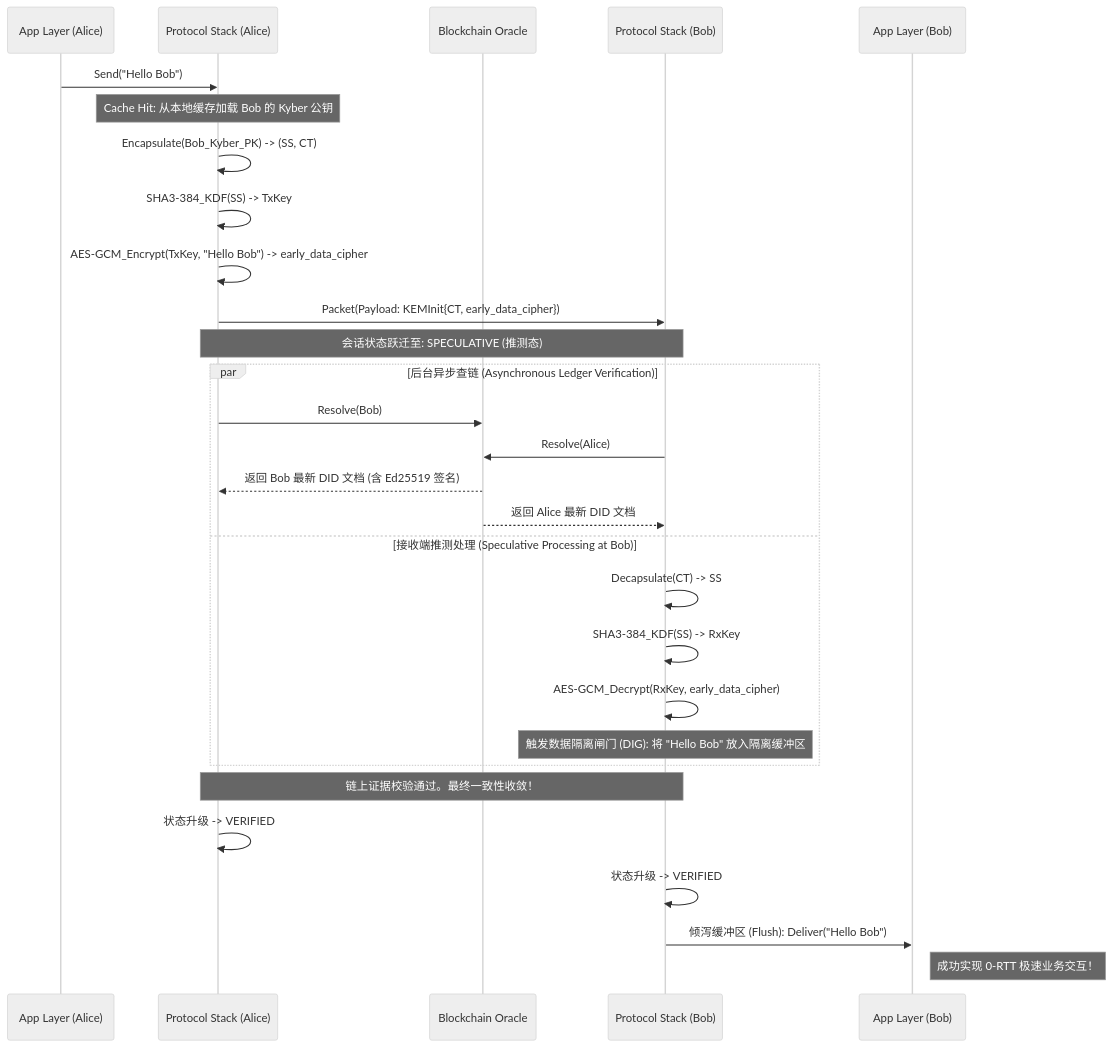
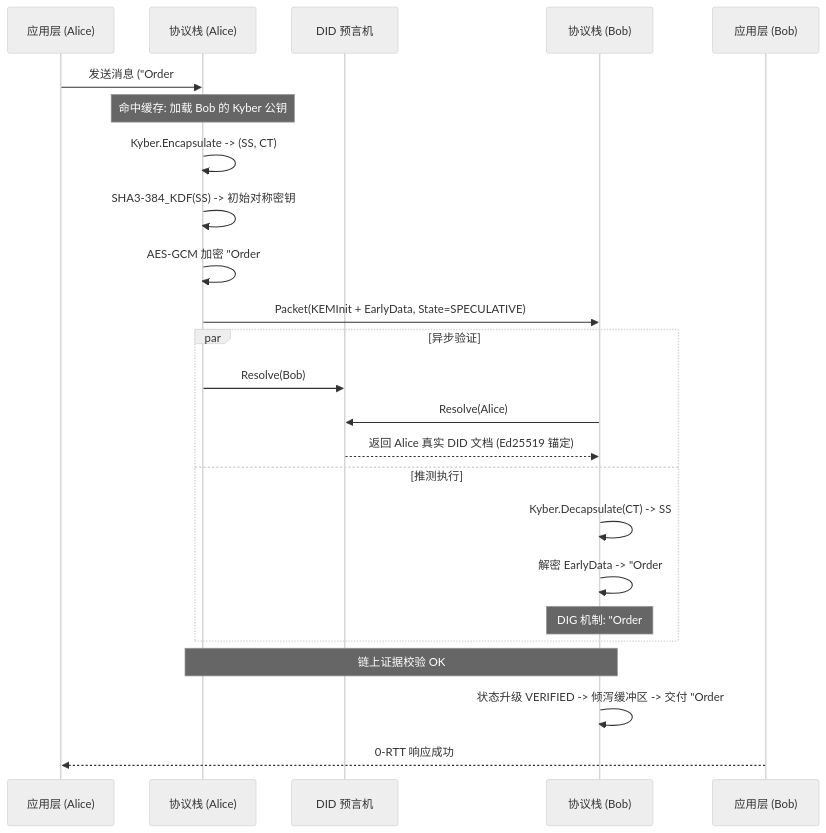
Before and after one commit to qujing226/atrium: the diagram in docs/SPECIFICATION.md, drawn with Mermaid (neutral theme). The commit also changed other lines of this file, not shown here.

Commit message:
docs: formalize protocol specification with detailed paragraph-based field descriptions and full mathematical proofs

````diff
--- a/docs/SPECIFICATION.md
+++ b/docs/SPECIFICATION.md
@@ -112,37 +78,29 @@
 ```mermaid
 sequenceDiagram
-    participant App as App Layer (Alice)
-    participant A as Protocol Stack (Alice)
-    participant Ledger as Blockchain Oracle
-    participant B as Protocol Stack (Bob)
-    participant AppB as App Layer (Bob)
+    participant App as 应用层 (Alice)
+    participant A as 协议栈 (Alice)
+    participant Oracle as DID 预言机
+    participant B as 协议栈 (Bob)
+    participant AppB as 应用层 (Bob)
 
-    App->>A: Send("Hello Bob")
-    Note over A: Cache Hit: 从本地缓存加载 Bob 的 Kyber 公钥
+    App->>A: 发送消息 ("Order#1")
+    Note over A: 命中缓存: 加载 Bob 的 Kyber 公钥
+    A->>A: Kyber.Encapsulate -> (SS, CT)
+    A->>A: SHA3-384_KDF(SS) -> 初始对称密钥
+    A->>A: AES-GCM 加密 "Order#1" -> EarlyData
+    A->>B: Packet(KEMInit + EarlyData, State=SPECULATIVE)
     
-    A->>A: Encapsulate(Bob_Kyber_PK) -> (SS, CT)
-    A->>A: SHA3-384_KDF(SS) -> TxKey
-    A->>A: AES-GCM_Encrypt(TxKey, "Hello Bob") -> early_data_cipher
-
-    A->>B: Packet(Payload: KEMInit{CT, early_data_cipher})
-    Note over A, B: 会话状态跃迁至: SPECULATIVE (推测态)
-
-    par 后台异步查链 (Asynchronous Ledger Verification)
-        A->>Ledger: Resolve(Bob)
-        B->>Ledger: Resolve(Alice)
-        Ledger-->>A: 返回 Bob 最新 DID 文档 (含 Ed25519 签名)
-        Ledger-->>B: 返回 Alice 最新 DID 文档
-    and 接收端推测处理 (Speculative Processing at Bob)
-        B->>B: Decapsulate(CT) -> SS
-        B->>B: SHA3-384_KDF(SS) -> RxKey
-        B->>B: AES-GCM_Decrypt(RxKey, early_data_cipher)
-        Note over B: 触发数据隔离闸门 (DIG): 将 "Hello Bob" 放入隔离缓冲区
+    par 异步验证
+        A->>Oracle: Resolve(Bob)
+        B->>Oracle: Resolve(Alice)
+        Oracle-->>B: 返回 Alice 真实 DID 文档 (Ed25519 锚定)
+    and 推测执行
+        B->>B: Kyber.Decapsulate(CT) -> SS
+        B->>B: 解密 EarlyData -> "Order#1"
+        Note over B: DIG 机制: "Order#1" 进入隔离缓冲区
     end
 
-    Note over A, B: 链上证据校验通过。最终一致性收敛！
-    
-    A->>A: 状态升级 -> VERIFIED
-    B->>B: 状态升级 -> VERIFIED
-    B->>AppB: 倾泻缓冲区 (Flush): Deliver("Hello Bob")
-    Note right of AppB: 成功实现 0-RTT 极速业务交互！
+    Note over A, B: 链上证据校验 OK
+    B->>B: 状态升级 VERIFIED -> 倾泻缓冲区 -> 交付 "Order#1"
+    AppB-->>App: 0-RTT 响应成功
 ```
````
